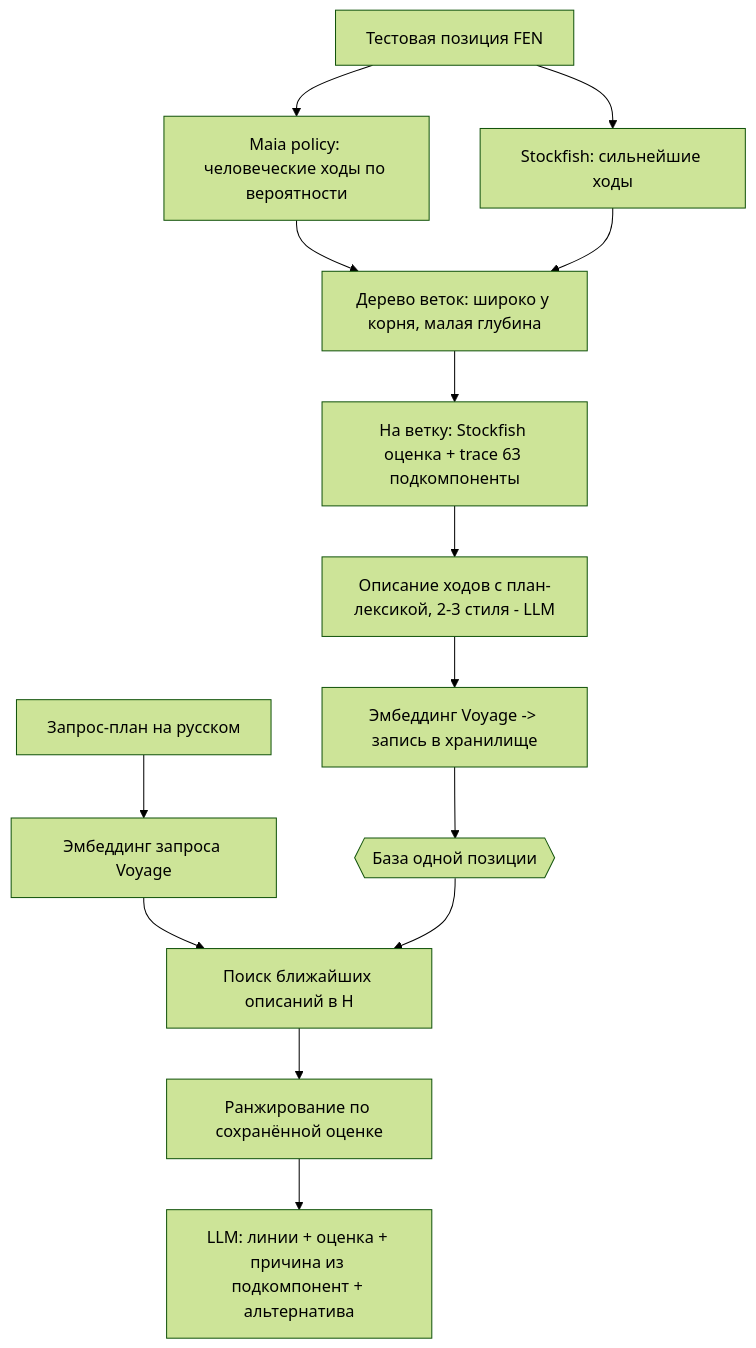
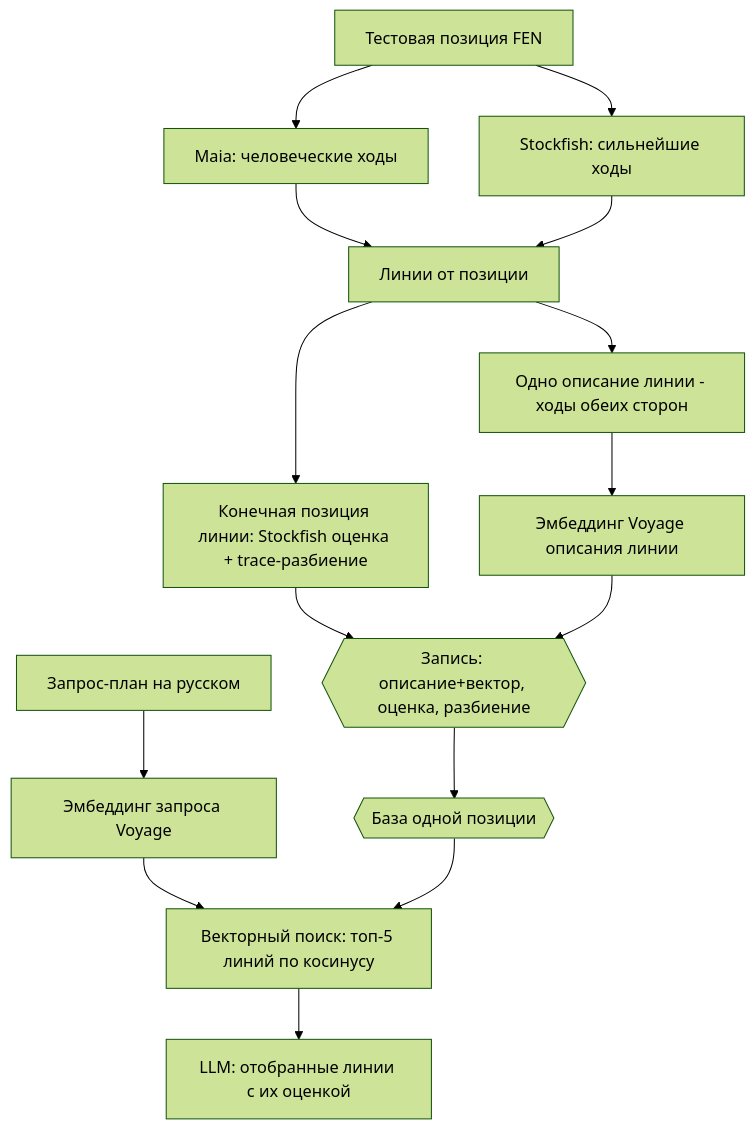
Before and after one commit to StasPiv/kingside: the diagram in docs/adr/170-plan-search-over-variation-tree-poc.md, drawn with Mermaid (forest theme). The commit also changed other lines of this file, not shown here.

````diff
--- a/docs/adr/170-plan-search-over-variation-tree-poc.md
+++ b/docs/adr/170-plan-search-over-variation-tree-poc.md
@@ -64,16 +62,17 @@
 ```mermaid
 flowchart TD
-  A[Тестовая позиция FEN] --> B[Maia policy: человеческие ходы по вероятности]
+  A[Тестовая позиция FEN] --> B[Maia: человеческие ходы]
   A --> C[Stockfish: сильнейшие ходы]
-  B --> D[Дерево веток: широко у корня, малая глубина]
+  B --> D[Линии от позиции]
   C --> D
-  D --> E[На ветку: Stockfish оценка + trace 63 подкомпоненты]
-  E --> F[Описание ходов с план-лексикой, 2-3 стиля - LLM]
-  F --> G[Эмбеддинг Voyage -> запись в хранилище]
-  G --> H{{База одной позиции}}
+  D --> E[Конечная позиция линии: Stockfish оценка + trace-разбиение]
+  D --> F[Одно описание линии - ходы обеих сторон]
+  F --> G[Эмбеддинг Voyage описания линии]
+  E --> H{{Запись: описание+вектор, оценка, разбиение}}
+  G --> H
+  H --> S{{База одной позиции}}
   I[Запрос-план на русском] --> J[Эмбеддинг запроса Voyage]
-  J --> K[Поиск ближайших описаний в H]
-  H --> K
-  K --> L[Ранжирование по сохранённой оценке]
-  L --> M[LLM: линии + оценка + причина из подкомпонент + альтернатива]
+  J --> K[Векторный поиск: топ-5 линий по косинусу]
+  S --> K
+  K --> M[LLM: отобранные линии с их оценкой]
 ```
````
